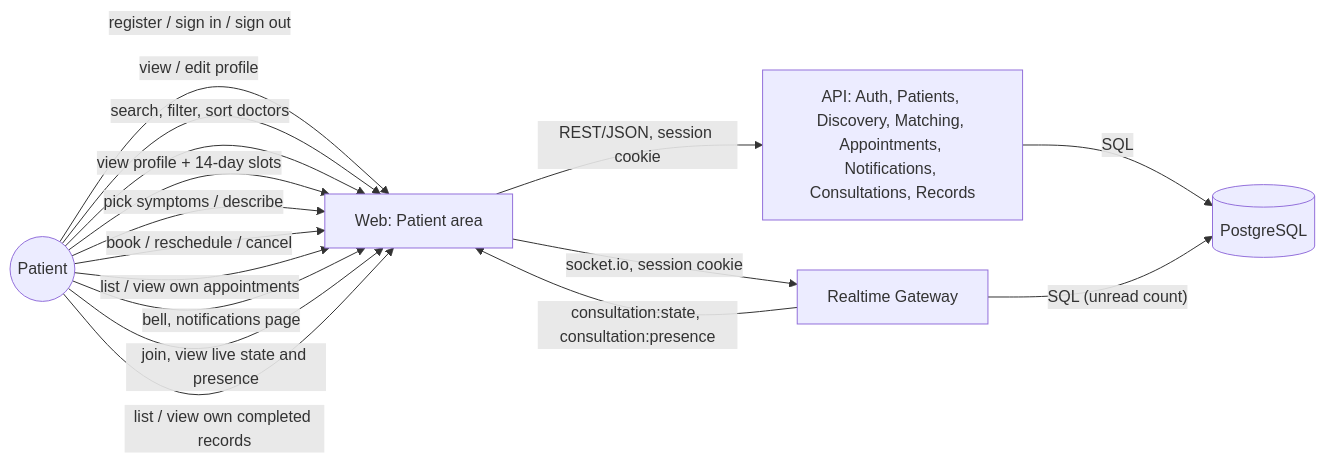
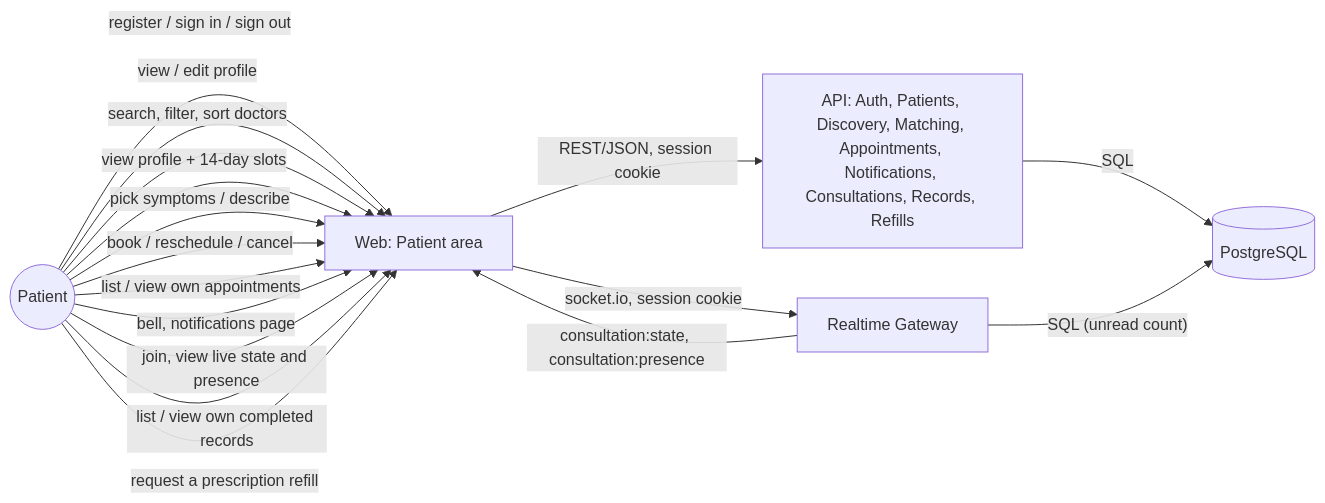
The second of 3 diagrams in docs/modules/patient.md (alhexjustine/telehealth), drawn with Mermaid before and after one commit. The commit also changed other lines of this file and 38 other files, not shown here.

First line of the commit message:
feat: add prescription refill requests (add-prescription-refills)

````diff
--- a/docs/modules/patient.md
+++ b/docs/modules/patient.md
@@ -174,18 +184,19 @@
 ```mermaid
 flowchart LR
   P((Patient)) -->|"register / sign in / sign out"| W[Web: Patient area]
   P -->|"view / edit profile"| W
   P -->|"search, filter, sort doctors"| W
   P -->|"view profile + 14-day slots"| W
   P -->|"pick symptoms / describe"| W
   P -->|"book / reschedule / cancel"| W
   P -->|"list / view own appointments"| W
   P -->|"bell, notifications page"| W
   P -->|"join, view live state and presence"| W
   P -->|"list / view own completed records"| W
-  W -->|"REST/JSON, session cookie"| A["API: Auth, Patients, Discovery, Matching, Appointments, Notifications, Consultations, Records"]
+  P -->|"request a prescription refill"| W
+  W -->|"REST/JSON, session cookie"| A["API: Auth, Patients, Discovery, Matching, Appointments, Notifications, Consultations, Records, Refills"]
   W -->|"socket.io, session cookie"| RT[Realtime Gateway]
   A -->|"SQL"| D[(PostgreSQL)]
   RT -->|"SQL (unread count)"| D
   RT -->|"consultation:state, consultation:presence"| W
 ```
````
